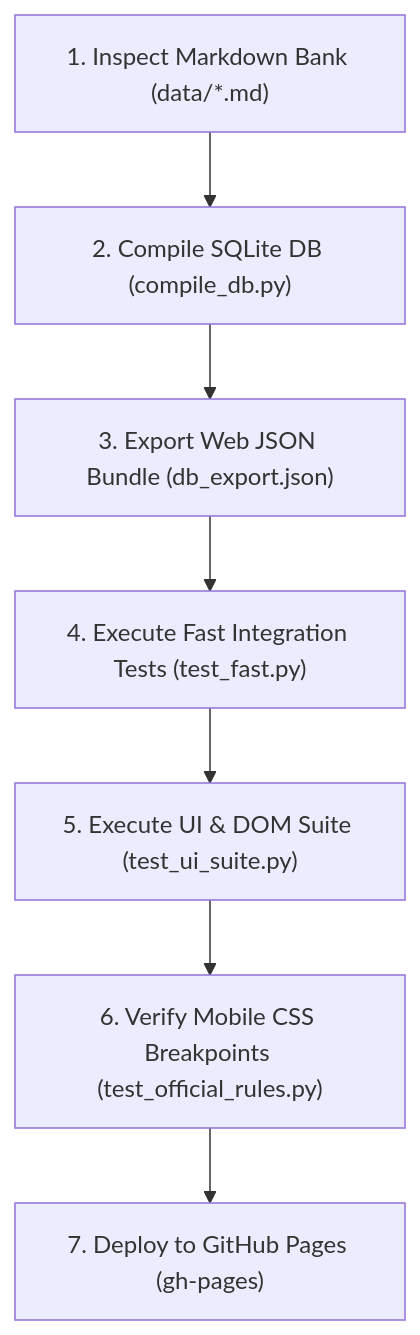
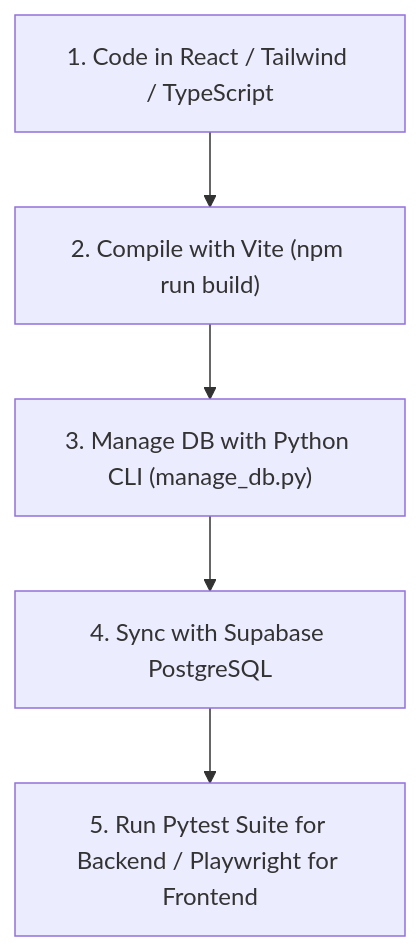
Before and after one commit to dr-week/GOA-EXAM-PREP-GAME: the diagram in DESIGN_AND_RULES.md, drawn with Mermaid. The commit also changed other lines of this file and 58 other files, not shown here.

Commit message:
Migrate Goa Exam Prep Studio to React + Vite + Tailwind CSS v4 with 2,056+ Q&A

````diff
--- a/DESIGN_AND_RULES.md
+++ b/DESIGN_AND_RULES.md
@@ -82,9 +54,7 @@
 ```mermaid
 graph TD
-    A["1. Inspect Markdown Bank (data/*.md)"] --> B["2. Compile SQLite DB (compile_db.py)"]
-    B --> C["3. Export Web JSON Bundle (db_export.json)"]
-    C --> D["4. Execute Fast Integration Tests (test_fast.py)"]
-    D --> E["5. Execute UI & DOM Suite (test_ui_suite.py)"]
-    E --> F["6. Verify Mobile CSS Breakpoints (test_official_rules.py)"]
-    F --> G["7. Deploy to GitHub Pages (gh-pages)"]
+    A["1. Code in React / Tailwind / TypeScript"] --> B["2. Compile with Vite (npm run build)"]
+    B --> C["3. Manage DB with Python CLI (manage_db.py)"]
+    C --> D["4. Sync with Supabase PostgreSQL"]
+    D --> E["5. Run Pytest Suite for Backend / Playwright for Frontend"]
 ```
````
